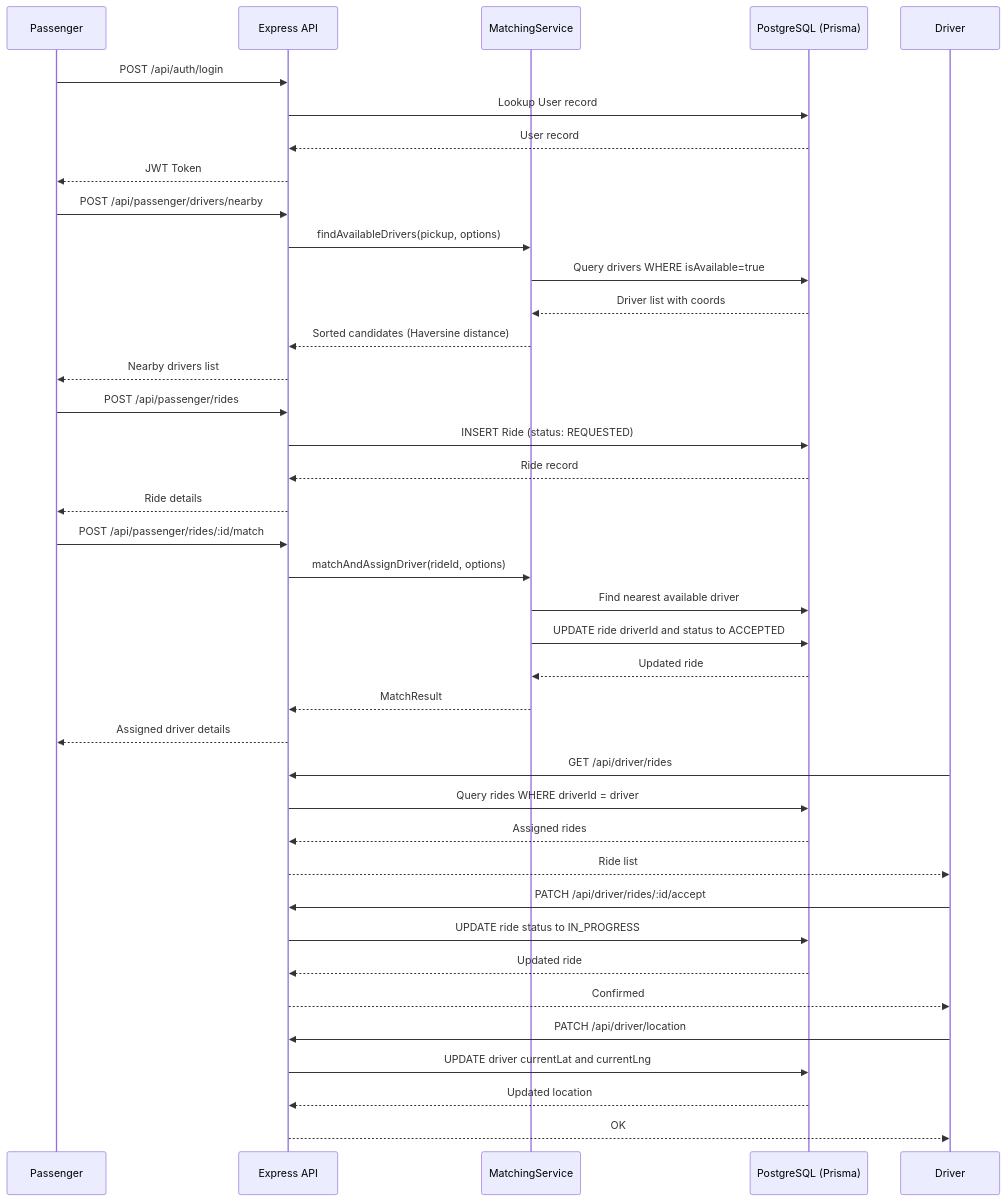
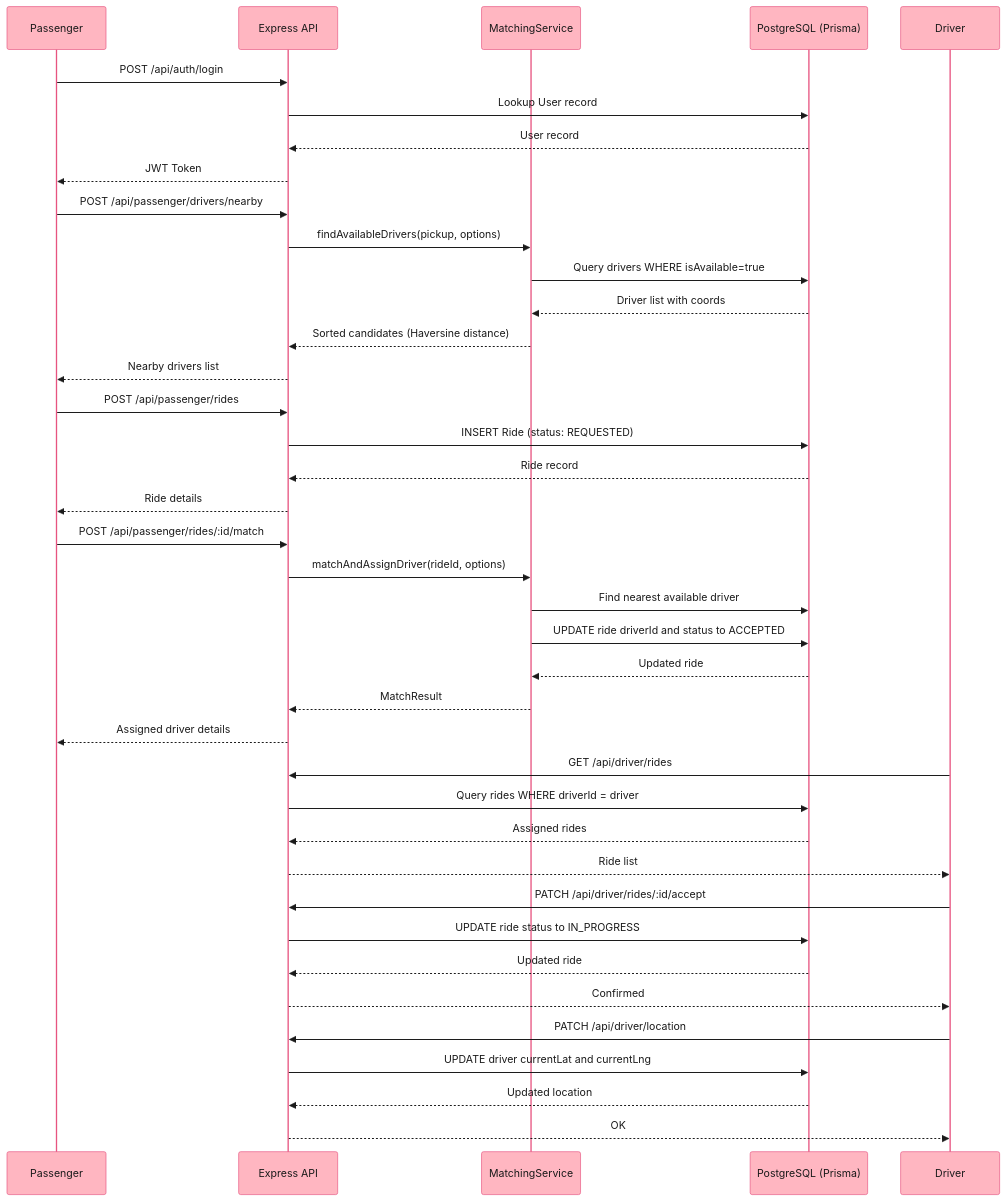
Before and after one commit to ayuuduaa19/UCS503P-202627-UberLite-Project: the third of 6 diagrams in README.md, drawn with Mermaid. The commit also changed other lines of this file, not shown here.

Commit message:
docs: update diagrams

````diff
--- a/README.md
+++ b/README.md
@@ -182,48 +184,49 @@
 ```mermaid
+%%{init: {'theme': 'base', 'themeVariables': {'primaryColor': '#ffb6c1', 'primaryBorderColor': '#e75480', 'primaryTextColor': '#1a1a1a', 'actorBkg': '#ffb6c1', 'actorBorder': '#e75480', 'activationBkgColor': '#ff8fab', 'noteBkgColor': '#ffb6c1'}}}%%
 sequenceDiagram
     participant P as Passenger
     participant API as Express API
     participant MS as MatchingService
     participant DB as PostgreSQL (Prisma)
     participant D as Driver
 
     P->>API: POST /api/auth/login
     API->>DB: Lookup User record
     DB-->>API: User record
     API-->>P: JWT Token
 
     P->>API: POST /api/passenger/drivers/nearby
     API->>MS: findAvailableDrivers(pickup, options)
     MS->>DB: Query drivers WHERE isAvailable=true
     DB-->>MS: Driver list with coords
     MS-->>API: Sorted candidates (Haversine distance)
     API-->>P: Nearby drivers list
 
     P->>API: POST /api/passenger/rides
     API->>DB: INSERT Ride (status: REQUESTED)
     DB-->>API: Ride record
     API-->>P: Ride details
 
     P->>API: POST /api/passenger/rides/:id/match
     API->>MS: matchAndAssignDriver(rideId, options)
     MS->>DB: Find nearest available driver
     MS->>DB: UPDATE ride driverId and status to ACCEPTED
     DB-->>MS: Updated ride
     MS-->>API: MatchResult
     API-->>P: Assigned driver details
 
     D->>API: GET /api/driver/rides
     API->>DB: Query rides WHERE driverId = driver
     DB-->>API: Assigned rides
     API-->>D: Ride list
 
     D->>API: PATCH /api/driver/rides/:id/accept
     API->>DB: UPDATE ride status to IN_PROGRESS
     DB-->>API: Updated ride
     API-->>D: Confirmed
 
     D->>API: PATCH /api/driver/location
     API->>DB: UPDATE driver currentLat and currentLng
     DB-->>API: Updated location
     API-->>D: OK
 ```
````
